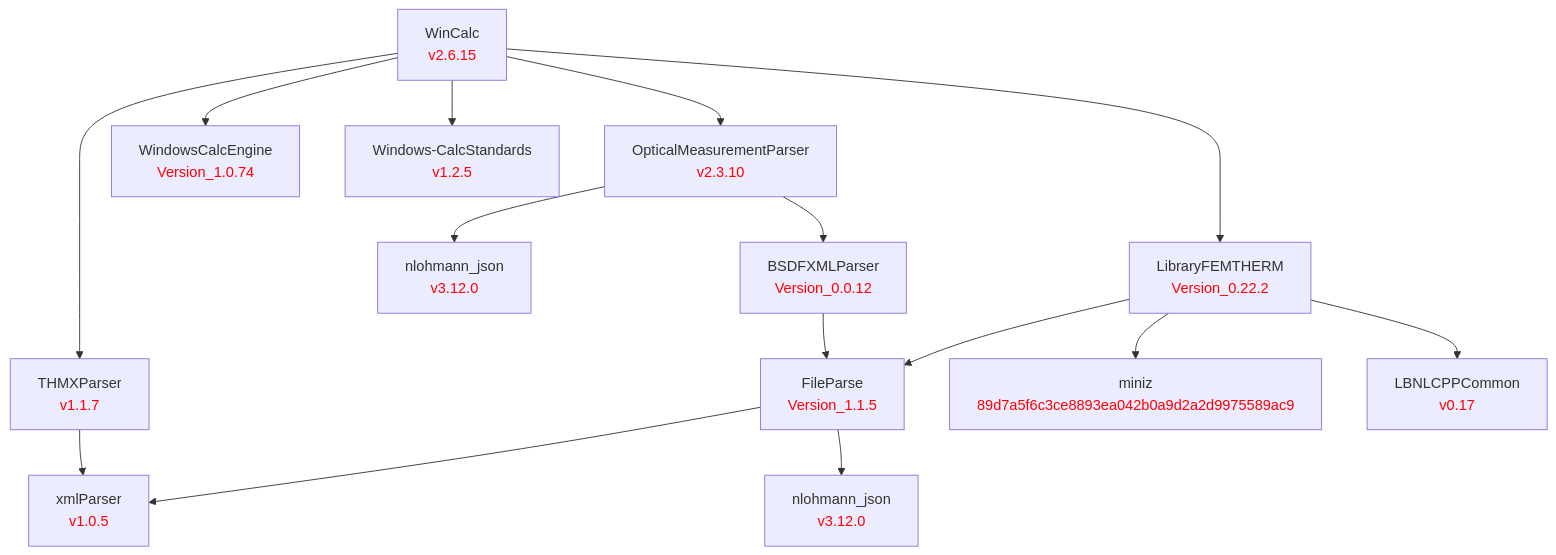
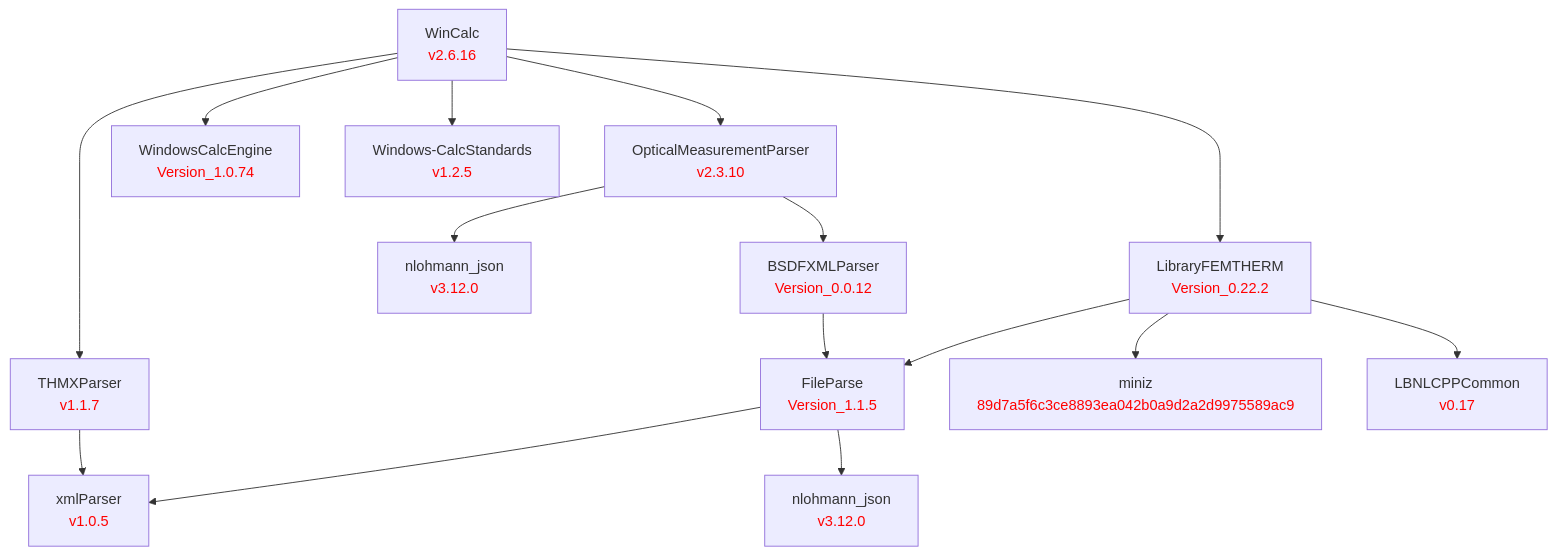
Before and after one commit to LBNL-ETA/WinCalc: the diagram in doc/WinCalc.md, drawn with Mermaid. The commit also changed 1 other file, not shown here.

Commit message:
Bump to Version_2.6.16; fix -Wmissing-field-initializers (GCC -Werror)

````diff
--- a/doc/WinCalc.md
+++ b/doc/WinCalc.md
@@ -1,49 +1,49 @@
 ```mermaid
 graph TD
     %% Level 0
-    WinCalc[WinCalc<br/><font color='red'>v2.6.15</font>]
+    WinCalc[WinCalc<br/><font color='red'>v2.6.16</font>]
 
     %% Level 1 - direct dependencies
     OpticalMeasurementParser[OpticalMeasurementParser<br/><font color='red'>v2.3.10</font>]
     THMXParser[THMXParser<br/><font color='red'>v1.1.7</font>]
     WindowsCalcEngine[WindowsCalcEngine<br/><font color='red'>Version_1.0.74</font>]
     Windows-CalcStandards[Windows-CalcStandards<br/><font color='red'>v1.2.5</font>]
     LibraryFEMTHERM[LibraryFEMTHERM<br/><font color='red'>Version_0.22.2</font>]
 
     %% Level 2
     nlohmann_omp[nlohmann_json<br/><font color='red'>v3.12.0</font>]
     BSDFXMLParser[BSDFXMLParser<br/><font color='red'>Version_0.0.12</font>]
     FileParse[FileParse<br/><font color='red'>Version_1.1.5</font>]
     miniz[miniz<br/><font color='red'>89d7a5f6c3ce8893ea042b0a9d2a2d9975589ac9</font>]
     LBNLCPPCommon[LBNLCPPCommon<br/><font color='red'>v0.17</font>]
 
     %% Level 3
     xmlParser[xmlParser<br/><font color='red'>v1.0.5</font>]
     nlohmann_fp[nlohmann_json<br/><font color='red'>v3.12.0</font>]
 
     %% WinCalc dependencies
     WinCalc --> OpticalMeasurementParser
     WinCalc --> THMXParser
     WinCalc --> WindowsCalcEngine
     WinCalc --> Windows-CalcStandards
     WinCalc --> LibraryFEMTHERM
 
     %% OpticalMeasurementParser dependencies
     OpticalMeasurementParser --> nlohmann_omp
     OpticalMeasurementParser --> BSDFXMLParser
 
     %% LibraryFEMTHERM dependencies
     LibraryFEMTHERM --> FileParse
     LibraryFEMTHERM --> miniz
     LibraryFEMTHERM --> LBNLCPPCommon
 
     %% BSDFXMLParser dependencies
     BSDFXMLParser --> FileParse
 
     %% FileParse dependencies
     FileParse --> xmlParser
     FileParse --> nlohmann_fp
 
     %% THMXParser dependencies
     THMXParser --> xmlParser
 ```
````
